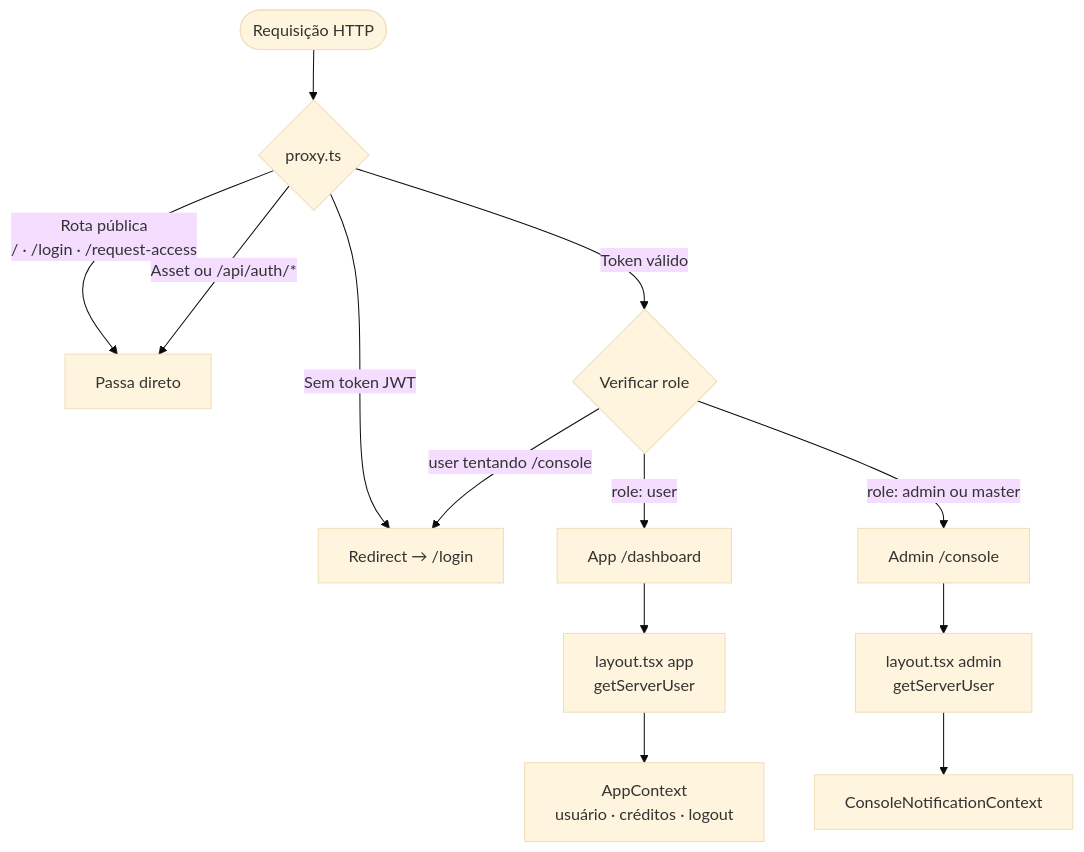
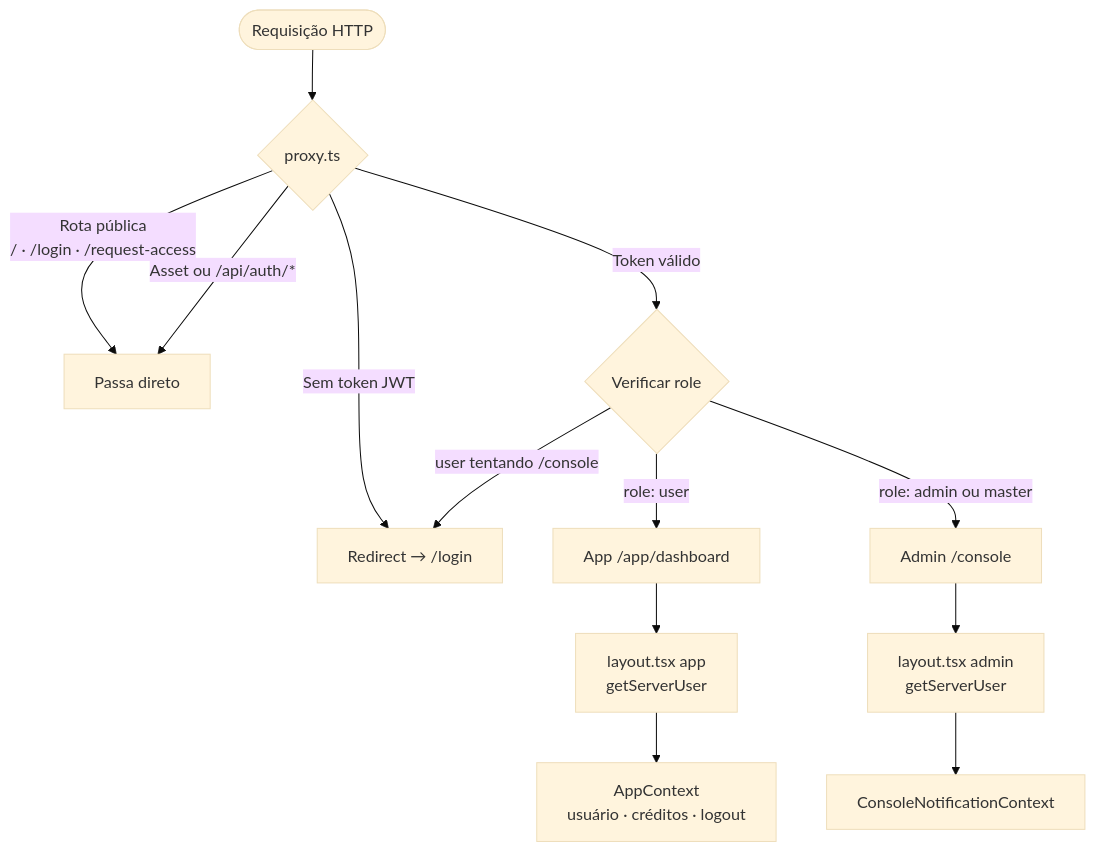
The first of 12 diagrams in docs/architecture.md (Startiatech/anamnsese-ia), drawn with Mermaid (base theme) before and after one commit. The commit also changed other lines of this file and 53 other files, not shown here.

````diff
--- a/docs/architecture.md
+++ b/docs/architecture.md
@@ -9,19 +9,19 @@
 ```mermaid
 flowchart TD
     A([Requisição HTTP]) --> B{proxy.ts}
 
     B -->|Rota pública\n/ · /login · /request-access| C[Passa direto]
     B -->|Asset ou /api/auth/*| C
     B -->|Sem token JWT| D[Redirect → /login]
     B -->|Token válido| E{Verificar role}
 
-    E -->|role: user| F[App /dashboard]
+    E -->|role: user| F[App /app/dashboard]
     E -->|role: admin ou master| G[Admin /console]
     E -->|user tentando /console| D
 
     F --> H[layout.tsx app\ngetServerUser]
     G --> I[layout.tsx admin\ngetServerUser]
 
     H --> J[AppContext\nusuário · créditos · logout]
     I --> K[ConsoleNotificationContext]
 ```
````
